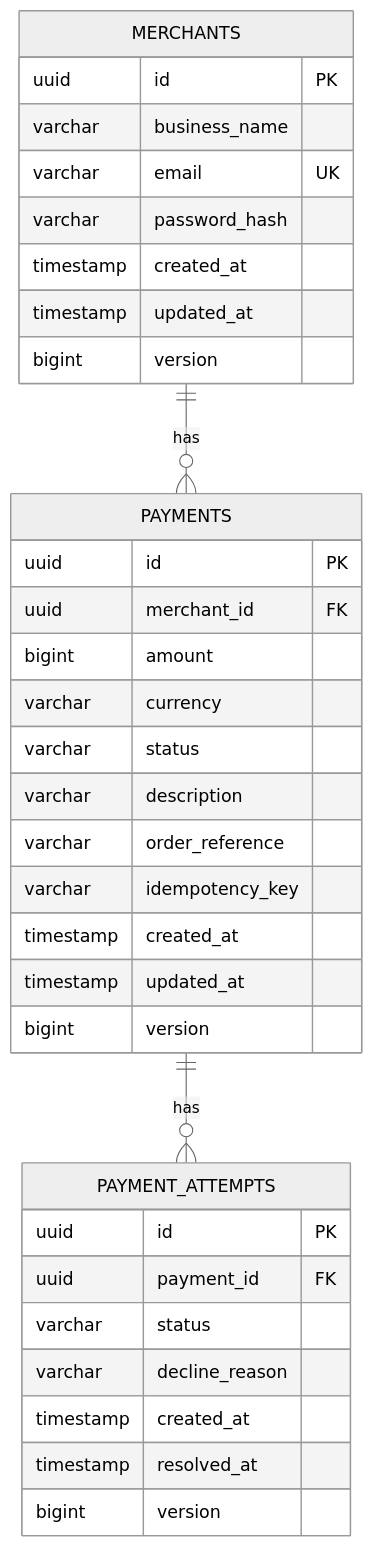
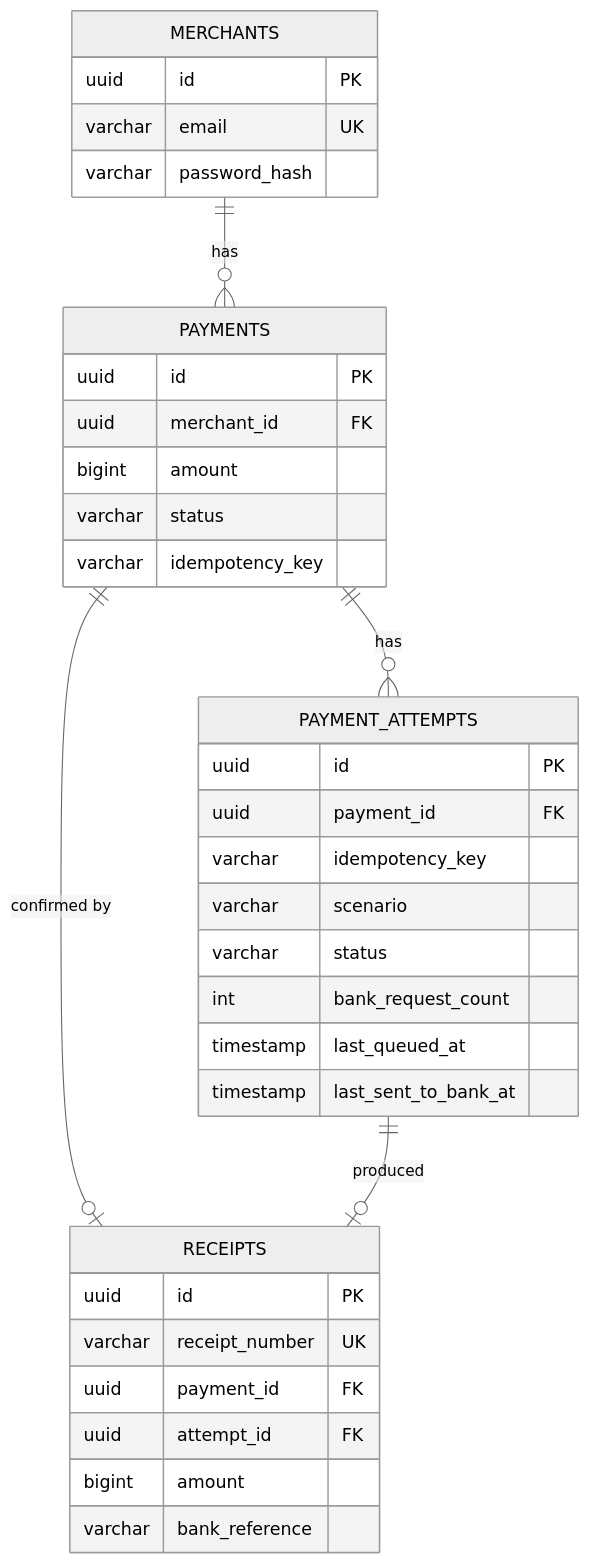
One commit to ShubhamBrody/PaymentGateway changed the third of 6 diagrams in docs/relationship-map.md. Above: the diagram before and after it, drawn with Mermaid (neutral theme). The commit also changed other lines of this file and 1 other file, not shown here.

First line of the commit message:
Document the queue architecture, testing, and load test results

````diff
--- a/docs/relationship-map.md
+++ b/docs/relationship-map.md
@@ -105,36 +91,37 @@
 ```mermaid
 erDiagram
     MERCHANTS ||--o{ PAYMENTS : "has"
     PAYMENTS ||--o{ PAYMENT_ATTEMPTS : "has"
+    PAYMENTS ||--o| RECEIPTS : "confirmed by"
+    PAYMENT_ATTEMPTS ||--o| RECEIPTS : "produced"
     MERCHANTS {
         uuid id PK
-        varchar business_name
         varchar email UK
         varchar password_hash
-        timestamp created_at
-        timestamp updated_at
-        bigint version
     }
     PAYMENTS {
         uuid id PK
         uuid merchant_id FK
         bigint amount
-        varchar currency
         varchar status
-        varchar description
-        varchar order_reference
         varchar idempotency_key
-        timestamp created_at
-        timestamp updated_at
-        bigint version
     }
     PAYMENT_ATTEMPTS {
         uuid id PK
         uuid payment_id FK
+        varchar idempotency_key
+        varchar scenario
         varchar status
-        varchar decline_reason
-        timestamp created_at
-        timestamp resolved_at
-        bigint version
+        int bank_request_count
+        timestamp last_queued_at
+        timestamp last_sent_to_bank_at
+    }
+    RECEIPTS {
+        uuid id PK
+        varchar receipt_number UK
+        uuid payment_id FK
+        uuid attempt_id FK
+        bigint amount
+        varchar bank_reference
     }
 ```
````
